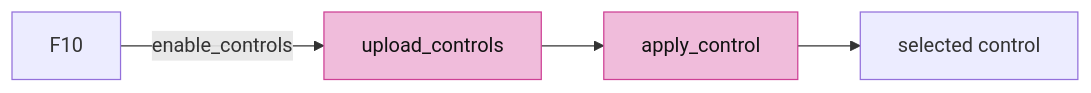
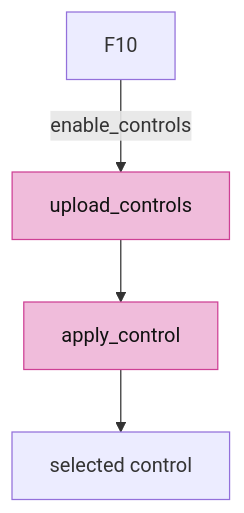
Before and after one commit to petrasvestartas/session: the seventh of 8 diagrams in session_viewer/docs/13-controls.md, drawn with Mermaid. The commit also changed other lines of this file and 34 other files, not shown here.

First line of the commit message:
Course: each lesson teaches its file's final form; diagrams fit the column

````diff
--- a/session_viewer/docs/13-controls.md
+++ b/session_viewer/docs/13-controls.md
@@ -126,6 +126,8 @@
 ```mermaid
-flowchart LR
-    F["F10"] -- "enable_controls" --> U["upload_controls"] --> A["apply_control"] --> S["selected control"]
+flowchart TB
+    F["F10"] -- "enable_controls" --> U["upload_controls"]
+    U --> A["apply_control"]
+    A --> S["selected control"]
     style U fill:#f0bcdb,stroke:#ce4095,color:#111
     style A fill:#f0bcdb,stroke:#ce4095,color:#111
 ```
````
